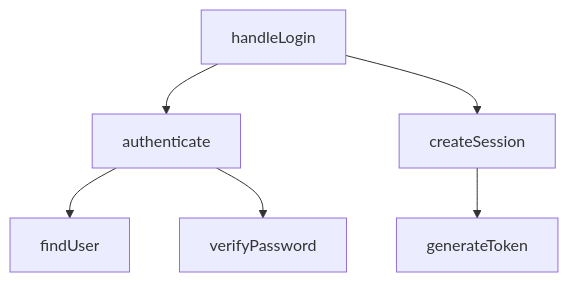
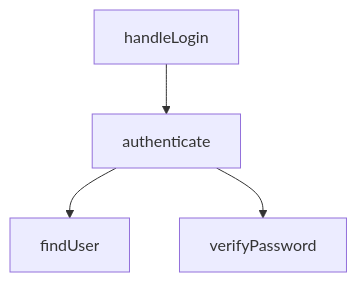
One commit to hukuhaka/hukuhaka-claude changed the diagram in plugins/hukuhaka-plugin/project-mapper/skills/flow-tracer/SKILL.md. Above: the diagram before and after it, drawn with Mermaid. The commit also changed other lines of this file and 8 other files, not shown here.

````diff
--- a/plugins/hukuhaka-plugin/project-mapper/skills/flow-tracer/SKILL.md
+++ b/plugins/hukuhaka-plugin/project-mapper/skills/flow-tracer/SKILL.md
@@ -121,8 +126,6 @@
 ```mermaid
 flowchart TD
     A[handleLogin] --> B[authenticate]
     B --> C[findUser]
     B --> D[verifyPassword]
-    A --> E[createSession]
-    E --> F[generateToken]
 ```
````
